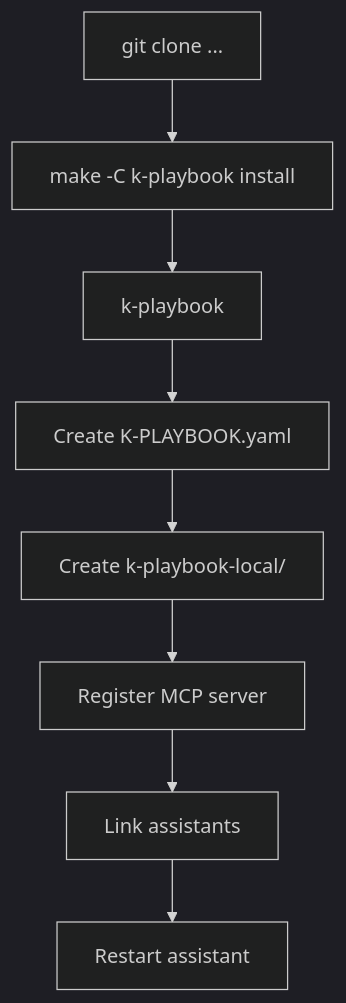
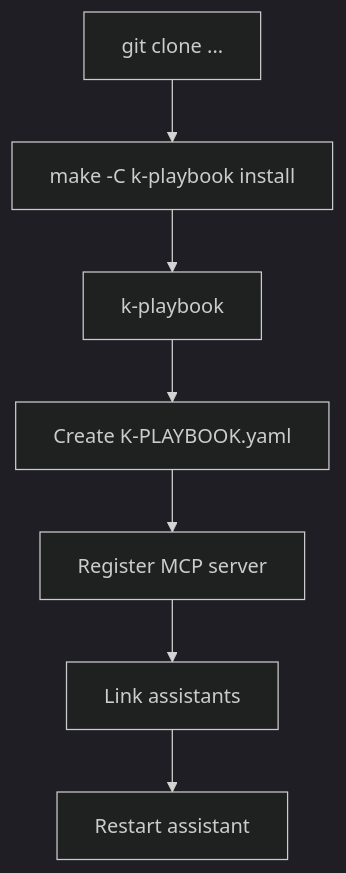
Before and after one commit to kascada/k-playbook: the second of 3 diagrams in docs/manual.md, drawn with Mermaid (dark theme). The commit also changed other lines of this file and 43 other files, not shown here.

````diff
--- a/docs/manual.md
+++ b/docs/manual.md
@@ -145,10 +144,9 @@
 ```mermaid
 flowchart TD
     A["git clone ..."] --> A2["make -C k-playbook install"]
     A2 --> B["k-playbook"]
     B --> C["Create K-PLAYBOOK.yaml"]
-    C --> D["Create k-playbook-local/"]
-    D --> E["Register MCP server"]
+    C --> E["Register MCP server"]
     E --> F["Link assistants"]
     F --> G["Restart assistant"]
 ```
````
